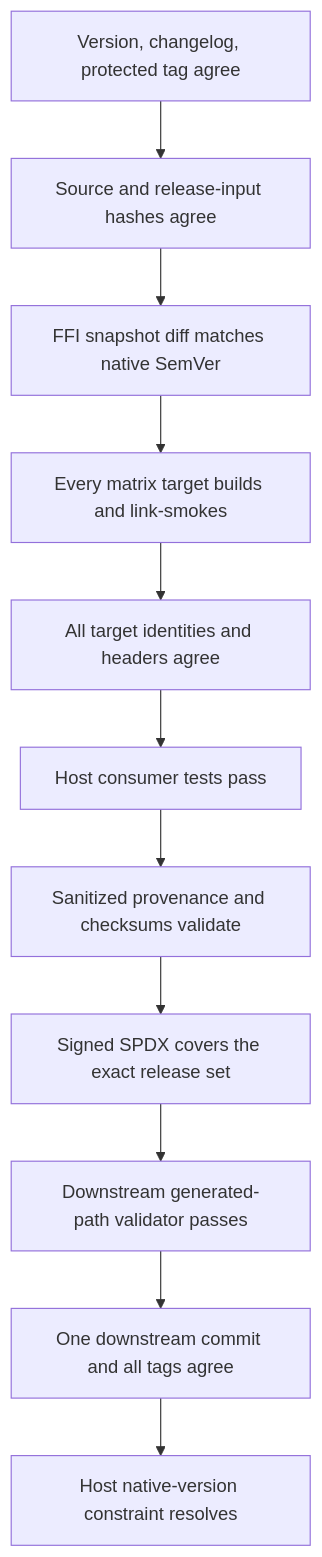
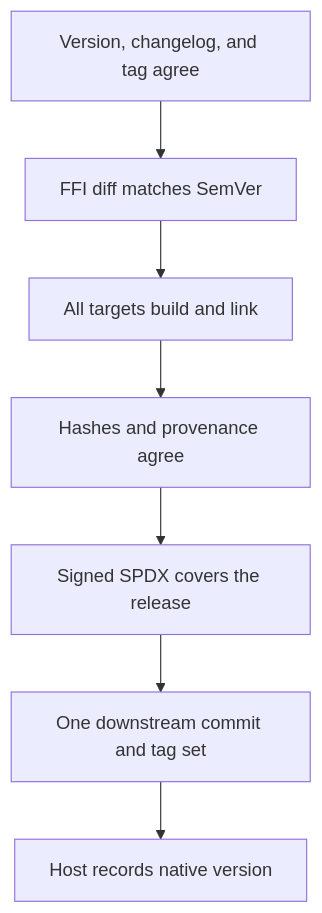
One commit to Azure/azure-sdk-for-rust changed the third of 3 diagrams in sdk/cosmos/azure_data_cosmos_driver_native/docs/NATIVE_VERSIONING_AND_RELEASES.md. Above: the diagram before and after it, drawn with Mermaid. The commit also changed other lines of this file, not shown here.

First line of the commit message:
Condense native release design

````diff
--- a/sdk/cosmos/azure_data_cosmos_driver_native/docs/NATIVE_VERSIONING_AND_RELEASES.md
+++ b/sdk/cosmos/azure_data_cosmos_driver_native/docs/NATIVE_VERSIONING_AND_RELEASES.md
@@ -493,16 +248,12 @@
 ```mermaid
 flowchart TD
-    A["Version, changelog, protected tag agree"]
-    B["Source and release-input hashes agree"]
-    C["FFI snapshot diff matches native SemVer"]
-    D["Every matrix target builds and link-smokes"]
-    E["All target identities and headers agree"]
-    F["Host consumer tests pass"]
-    G["Sanitized provenance and checksums validate"]
-    H["Signed SPDX covers the exact release set"]
-    I["Downstream generated-path validator passes"]
-    J["One downstream commit and all tags agree"]
-    K["Host native-version constraint resolves"]
+    A["Version, changelog, and tag agree"]
+    B["FFI diff matches SemVer"]
+    C["All targets build and link"]
+    D["Hashes and provenance agree"]
+    E["Signed SPDX covers the release"]
+    F["One downstream commit and tag set"]
+    G["Host records native version"]
 
-    A --> B --> C --> D --> E --> F --> G --> H --> I --> J --> K
+    A --> B --> C --> D --> E --> F --> G
 ```
````
